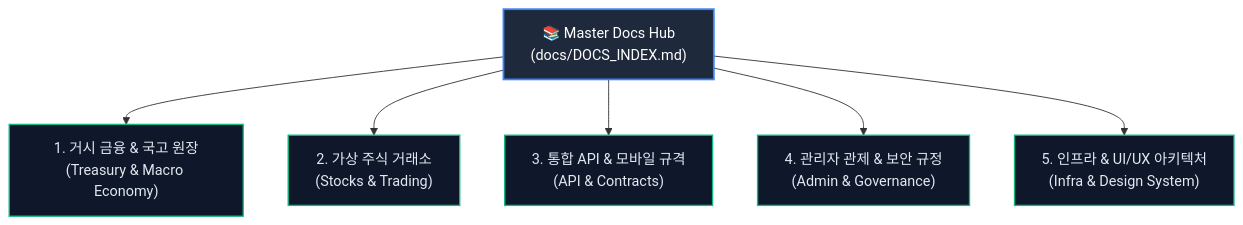
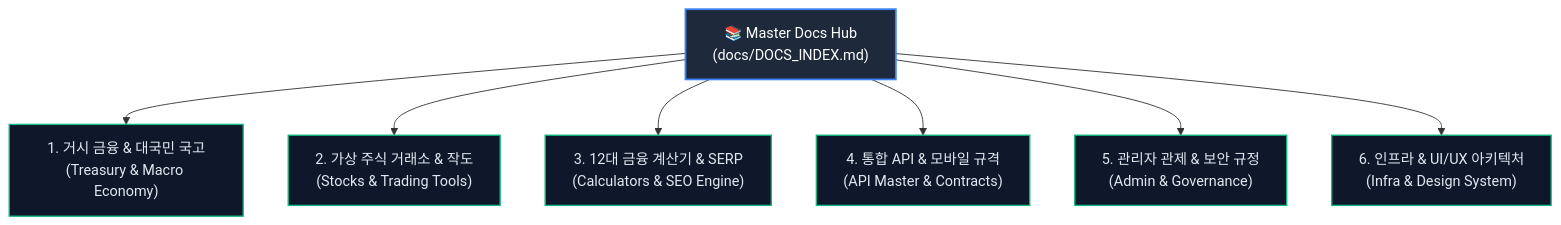
One commit to wtrdd1-hash/Woldeok-Moneyverse-Migration changed the diagram in docs/DOCS_INDEX.md. Above: the diagram before and after it, drawn with Mermaid. The commit also changed other lines of this file and 15 other files, not shown here.

Commit message:
feat(treasury): DAO budget voting, admin grants review, global broadcast toast & docs cleanup (prod-v590)

````diff
--- a/docs/DOCS_INDEX.md
+++ b/docs/DOCS_INDEX.md
@@ -14,13 +14,14 @@
 ```mermaid
 graph TD
-    Root["📚 Master Docs Hub<br/>(docs/DOCS_INDEX.md)"] --> D1["1. 거시 금융 & 국고 원장<br/>(Treasury & Macro Economy)"]
-    Root --> D2["2. 가상 주식 거래소<br/>(Stocks & Trading)"]
-    Root --> D3["3. 통합 API & 모바일 규격<br/>(API & Contracts)"]
-    Root --> D4["4. 관리자 관제 & 보안 규정<br/>(Admin & Governance)"]
-    Root --> D5["5. 인프라 & UI/UX 아키텍처<br/>(Infra & Design System)"]
+    Root["📚 Master Docs Hub<br/>(docs/DOCS_INDEX.md)"] --> D1["1. 거시 금융 & 대국민 국고<br/>(Treasury & Macro Economy)"]
+    Root --> D2["2. 가상 주식 거래소 & 작도<br/>(Stocks & Trading Tools)"]
+    Root --> D3["3. 12대 금융 계산기 & SERP<br/>(Calculators & SEO Engine)"]
+    Root --> D4["4. 통합 API & 모바일 규격<br/>(API Master & Contracts)"]
+    Root --> D5["5. 관리자 관제 & 보안 규정<br/>(Admin & Governance)"]
+    Root --> D6["6. 인프라 & UI/UX 아키텍처<br/>(Infra & Design System)"]
 
     classDef rootStyle fill:#1e293b,stroke:#3b82f6,stroke-width:2px,color:#fff;
     classDef dStyle fill:#0f172a,stroke:#10b981,stroke-width:1.5px,color:#e2e8f0;
     class Root rootStyle;
-    class D1,D2,D3,D4,D5 dStyle;
+    class D1,D2,D3,D4,D5,D6 dStyle;
 ```
````
